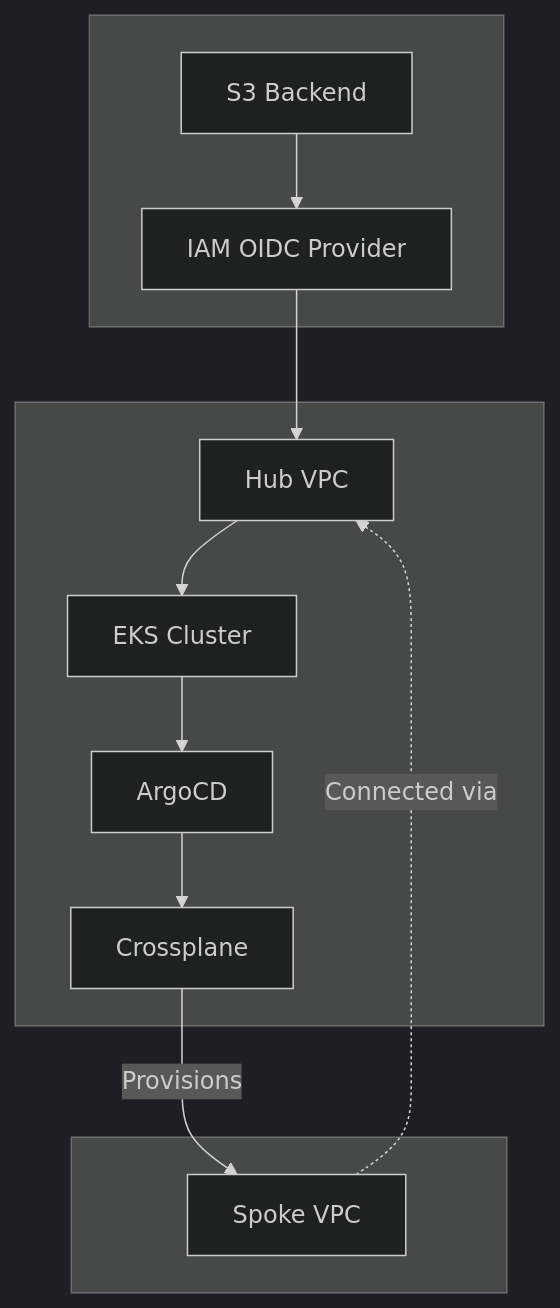
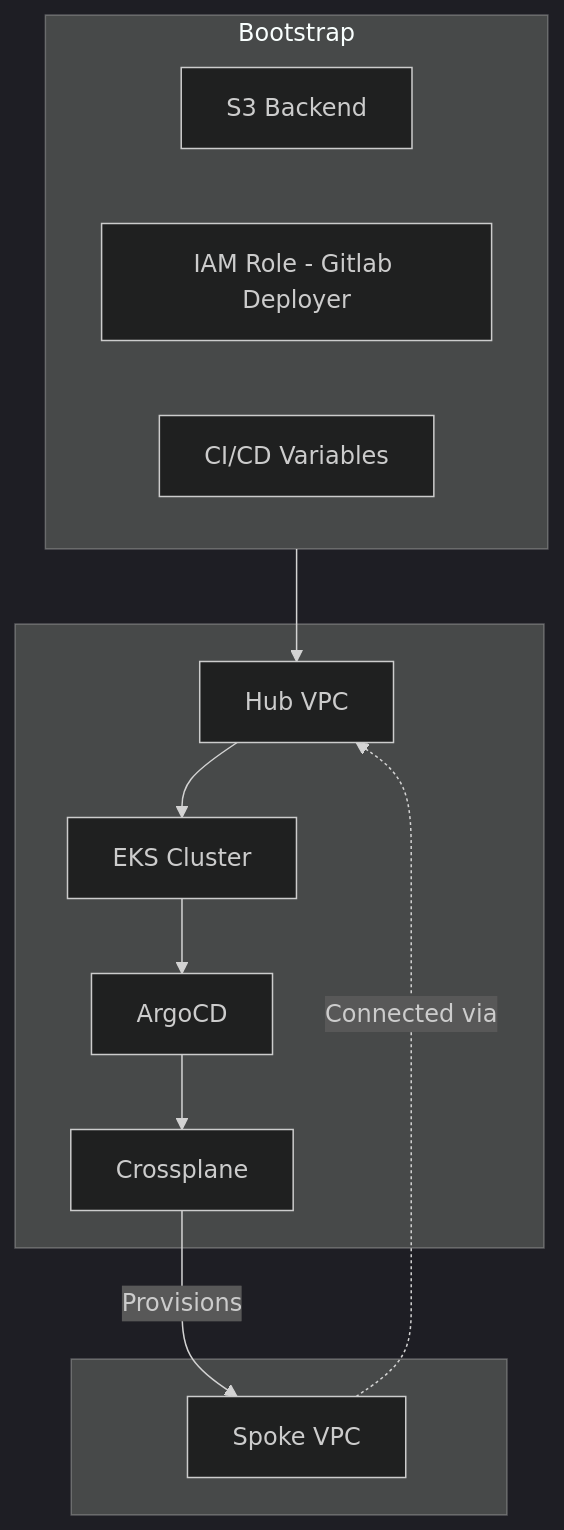
One commit to ehermenau/edge-first-infra changed the diagram in README.md. Above: the diagram before and after it, drawn with Mermaid (dark theme). The commit also changed other lines of this file, not shown here.

````diff
--- a/README.md
+++ b/README.md
@@ -16,20 +16,23 @@
 ```mermaid
 graph TB
-    subgraph " "
-        A[S3 Backend] --> B[IAM OIDC Provider]
+
+    subgraph "Bootstrap"
+        direction LR
+        A[S3 Backend]
+        B[IAM Role - Gitlab Deployer]
+        J["CI/CD Variables"]
     end
 
     subgraph " "
         B --> C[Hub VPC]
         C --> D[EKS Cluster]
         D --> E[ArgoCD]
         E --> H[Crossplane]
     end
 
-
     subgraph " "
         H -->|Provisions| I[Spoke VPC]
         I -.->|Connected via| C
     end
 
 ```
````
